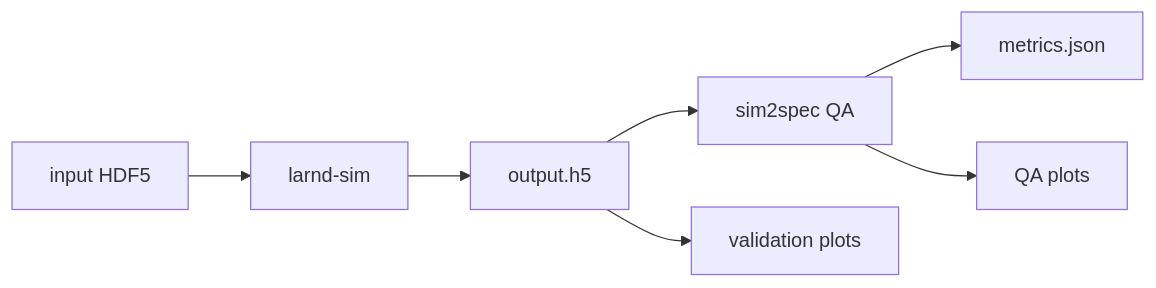
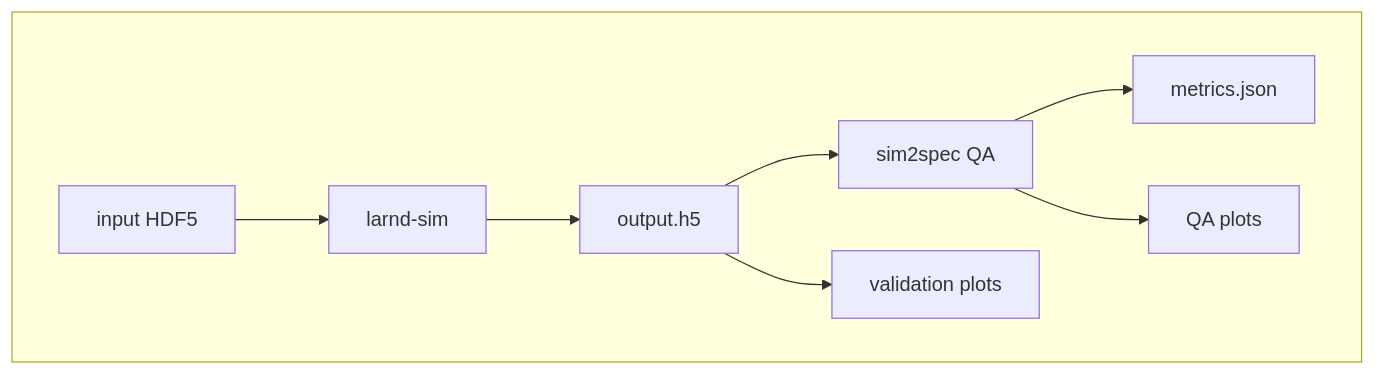
Before and after one commit to madantimalsina/sim2spec: the diagram in Project_2_ReadMe.md, drawn with Mermaid.

Commit message:
Refactor mermaid diagram to include subgraph

````diff
--- a/Project_2_ReadMe.md
+++ b/Project_2_ReadMe.md
@@ -37,9 +37,12 @@
 ```mermaid
 flowchart LR
-    A[input HDF5] --> B[larnd-sim]
-    B --> C[output.h5]
-    C --> D[sim2spec QA]
-    D --> E[metrics.json]
-    D --> F[QA plots]
-    C --> G[validation plots]
+    subgraph row1[" "]
+        direction LR
+        A[input HDF5] --> B[larnd-sim]
+        B --> C[output.h5]
+        C --> D[sim2spec QA]
+        D --> E[metrics.json]
+        D --> F[QA plots]
+        C --> G[validation plots]
+    end
 ```
````
